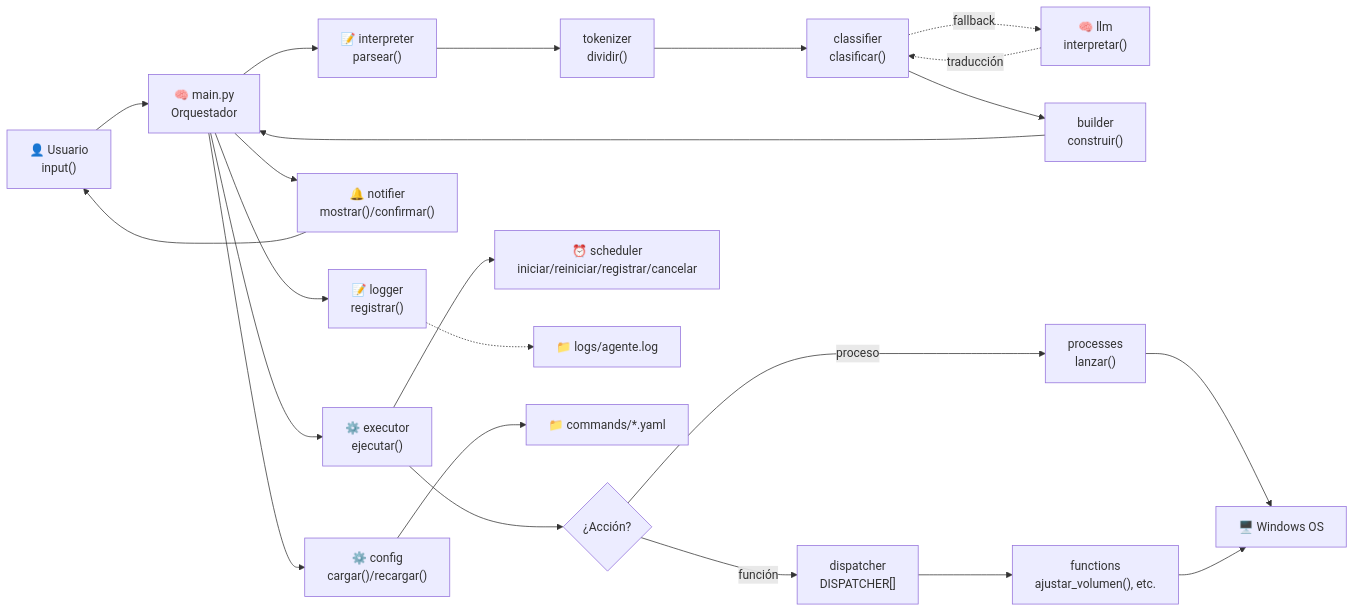
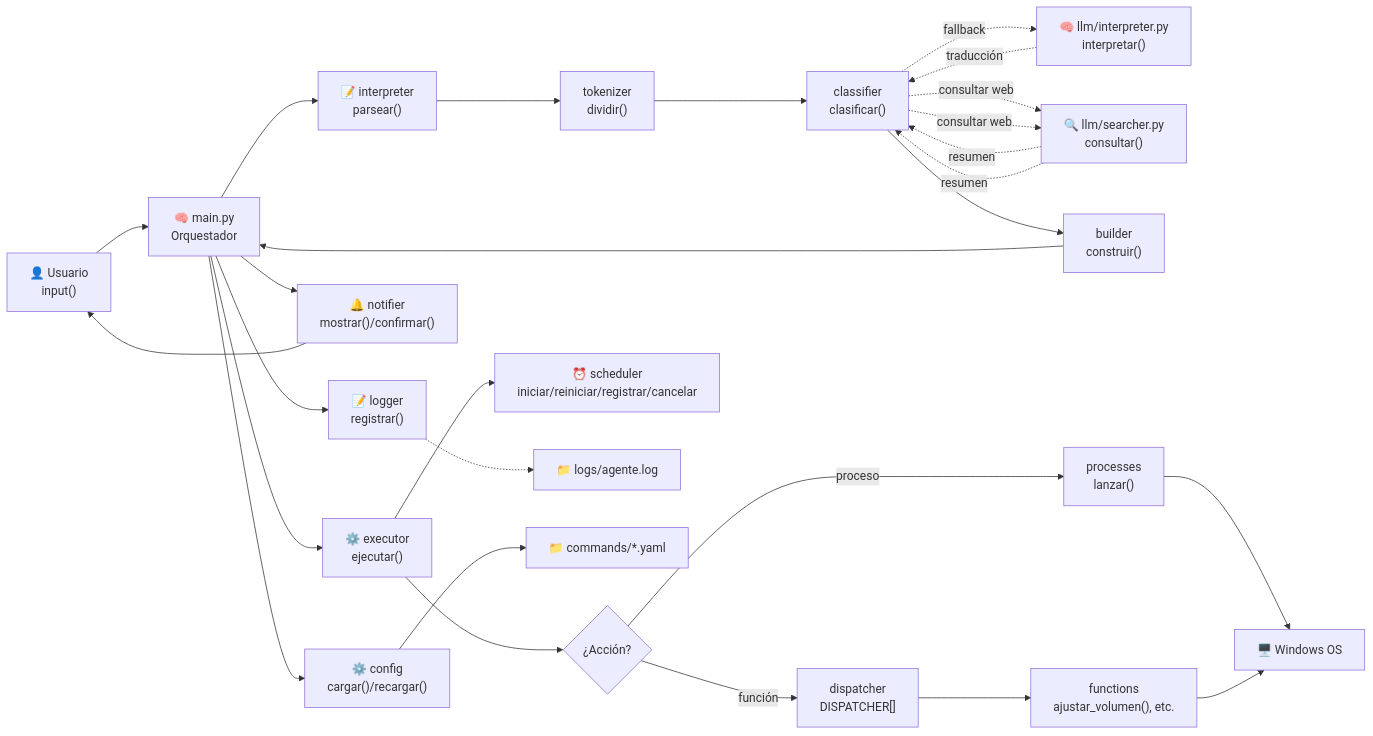
Before and after one commit to AlejandroGuevara-hub/Own_Agent: the first of 3 diagrams in spec/architecture.md, drawn with Mermaid. The commit also changed other lines of this file and 9 other files, not shown here.

First line of the commit message:
feat: Fase 2 completa - LLM local, búsqueda web y optimizaciones

````diff
--- a/spec/architecture.md
+++ b/spec/architecture.md
@@ -5,25 +5,29 @@
 ```mermaid
 flowchart LR
     A["👤 Usuario<br/>input()"] --> B["🧠 main.py<br/>Orquestador"]
     B --> C["📝 interpreter<br/>parsear()"]
     C --> C1["tokenizer<br/>dividir()"]
     C1 --> C2["classifier<br/>clasificar()"]
-    C2 -.->|"fallback"| LLM["🧠 llm<br/>interpretar()"]
+    C2 -.->|"fallback"| LLM["🧠 llm/interpreter.py<br/>interpretar()"]
     LLM -.->|"traducción"| C2
+    C2 -.->|"consultar web"| SRCH["🔍 llm/searcher.py<br/>consultar()"]
+    SRCH -.->|"resumen"| C2
+    C2 -.->|"consultar web"| SRCH["🔍 llm/searcher.py<br/>consultar()"]
+    SRCH -.->|"resumen"| C2
     C2 --> C3["builder<br/>construir()"]
     C3 --> B
     B --> D["⚙️ executor<br/>ejecutar()"]
     D --> D1{"¿Acción?"}
     D1 -->|"proceso"| D2["processes<br/>lanzar()"]
     D1 -->|"función"| D3["dispatcher<br/>DISPATCHER[]"]
     D3 --> D4["functions<br/>ajustar_volumen(), etc."]
     D2 --> OS["🖥️ Windows OS"]
     D4 --> OS
     D --> E["⏰ scheduler<br/>iniciar/reiniciar/registrar/cancelar"]
     B --> F["🔔 notifier<br/>mostrar()/confirmar()"]
     F --> A
     B --> L["📝 logger<br/>registrar()"]
     L -.-> LOG["📁 logs/agente.log"]
     B --> G["⚙️ config<br/>cargar()/recargar()"]
     G --> H["📁 commands/*.yaml"]
 ```
````
